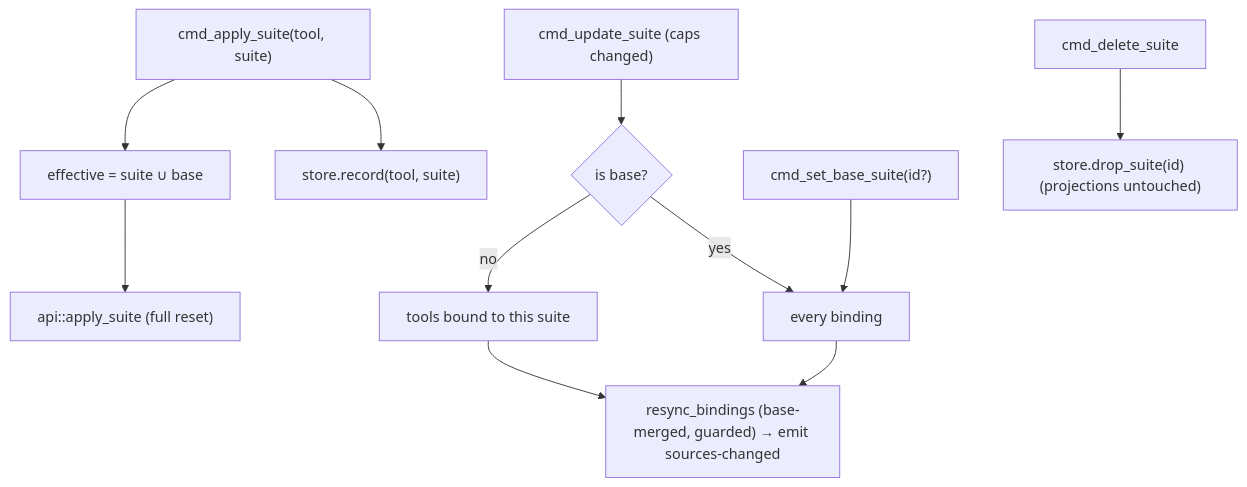
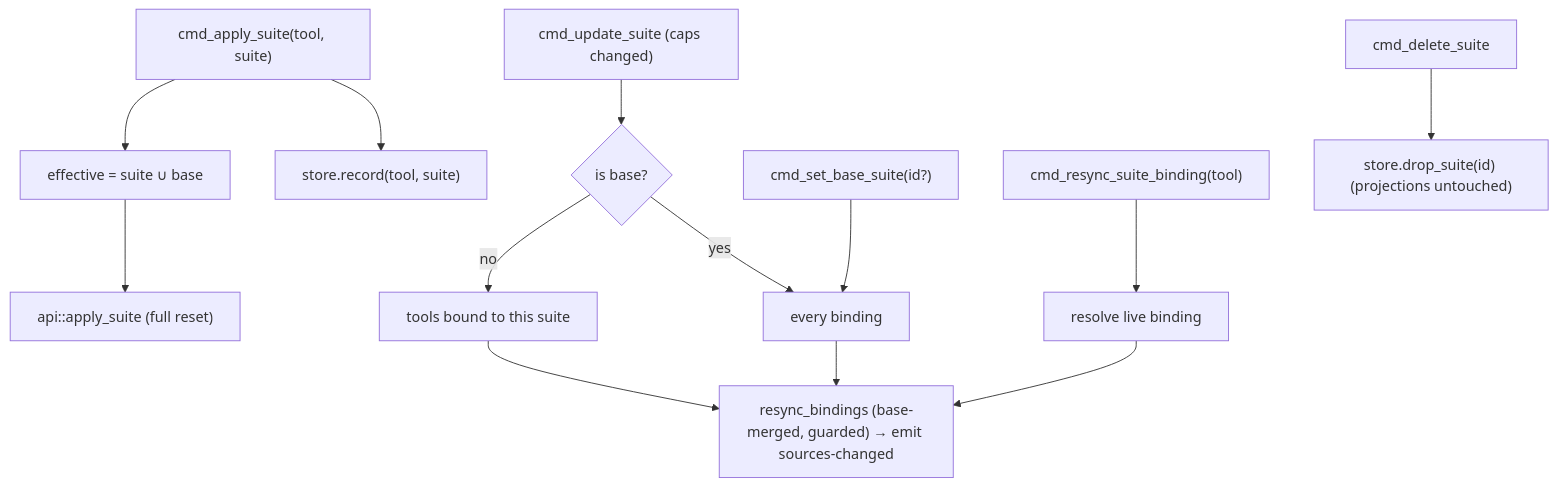
The diagram in docs/tech/modules/suite-bindings.md (elaboration-studio/agentic-hub), drawn with Mermaid before and after one commit. The commit also changed other lines of this file and 109 other files, not shown here.

````diff
--- a/docs/tech/modules/suite-bindings.md
+++ b/docs/tech/modules/suite-bindings.md
@@ -54,13 +54,15 @@
 ```mermaid
 flowchart TD
   apply["cmd_apply_suite(tool, suite)"] --> merge["effective = suite ∪ base"]
   merge --> reset["api::apply_suite (full reset)"]
   apply --> rec["store.record(tool, suite)"]
   upd["cmd_update_suite (caps changed)"] --> which{"is base?"}
   which -- "no" --> tf["tools bound to this suite"]
   which -- "yes" --> allb["every binding"]
   tf --> resync["resync_bindings (base-merged, guarded) → emit sources-changed"]
   allb --> resync
   setb["cmd_set_base_suite(id?)"] --> allb
+  repair["cmd_resync_suite_binding(tool)"] --> one["resolve live binding"]
+  one --> resync
   del["cmd_delete_suite"] --> drop["store.drop_suite(id) (projections untouched)"]
 ```
````
